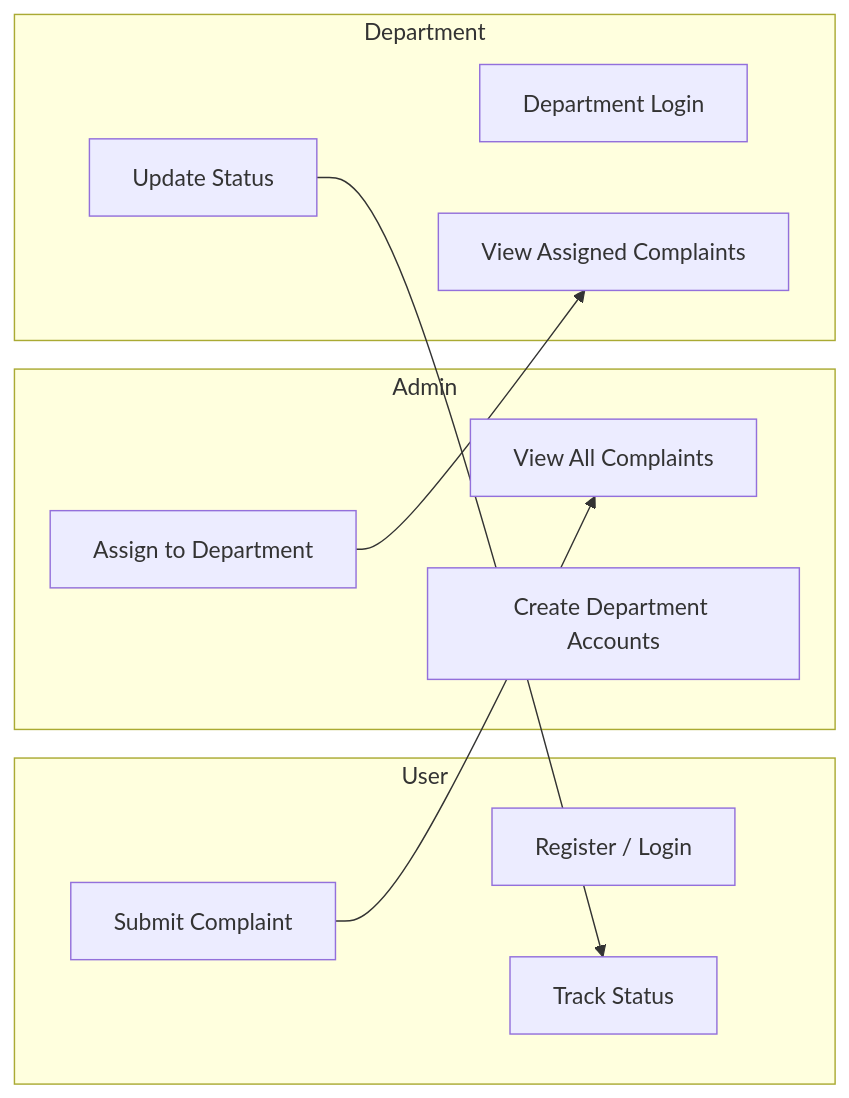
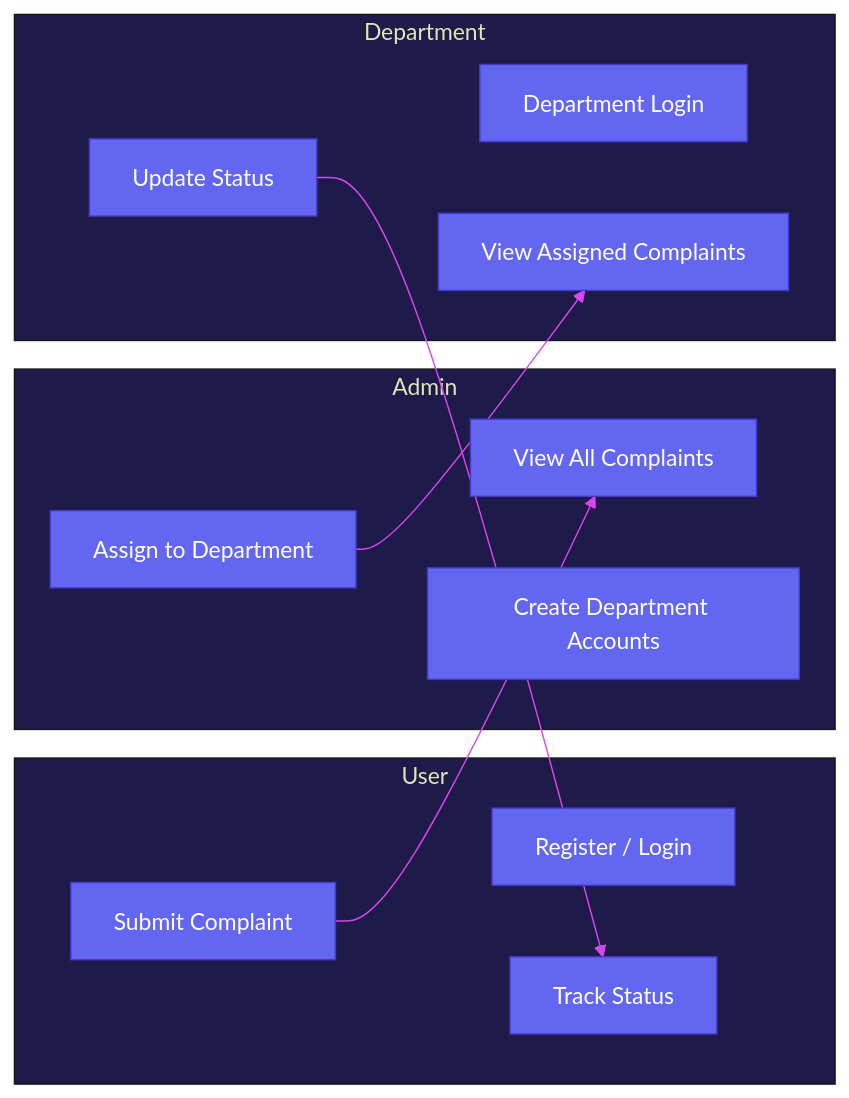
One commit to jagratsati45/complaint_system_project changed the first of 4 diagrams in README.md. Above: the diagram before and after it, drawn with Mermaid. The commit also changed other lines of this file, not shown here.

````diff
--- a/README.md
+++ b/README.md
@@ -163,21 +232,22 @@
 ```mermaid
+%%{init: {'theme':'base','themeVariables':{'primaryColor':'#6366F1','primaryTextColor':'#fff','primaryBorderColor':'#4338CA','lineColor':'#D946EF','secondaryColor':'#F59E0B','tertiaryColor':'#1E1B4B'}}}%%
 flowchart LR
   subgraph User
     U1[Register / Login]
     U2[Submit Complaint]
     U3[Track Status]
   end
   subgraph Admin
     A1[View All Complaints]
     A2[Create Department Accounts]
     A3[Assign to Department]
   end
   subgraph Department
     D1[Department Login]
     D2[View Assigned Complaints]
     D3[Update Status]
   end
   U2 --> A1
   A3 --> D2
   D3 --> U3
 ```
````
